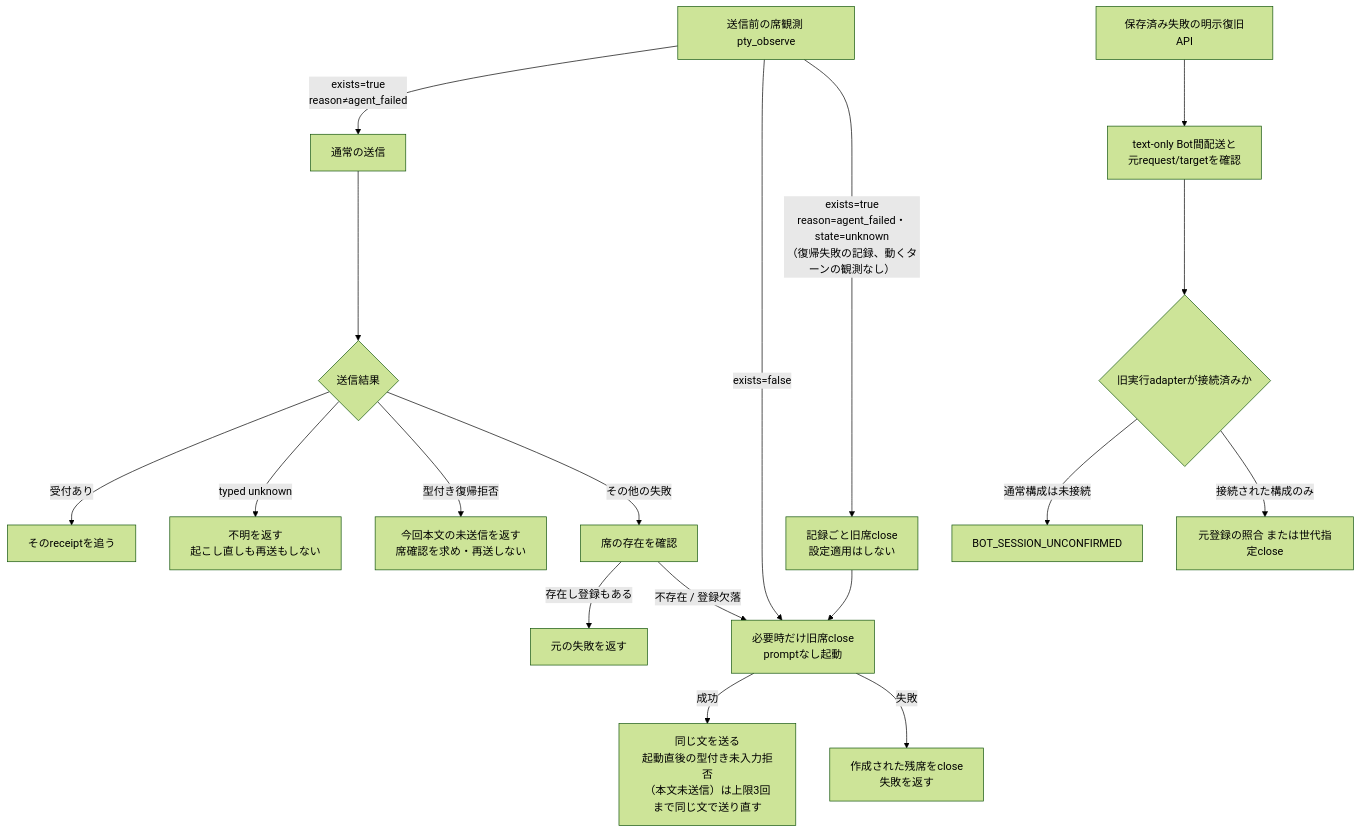
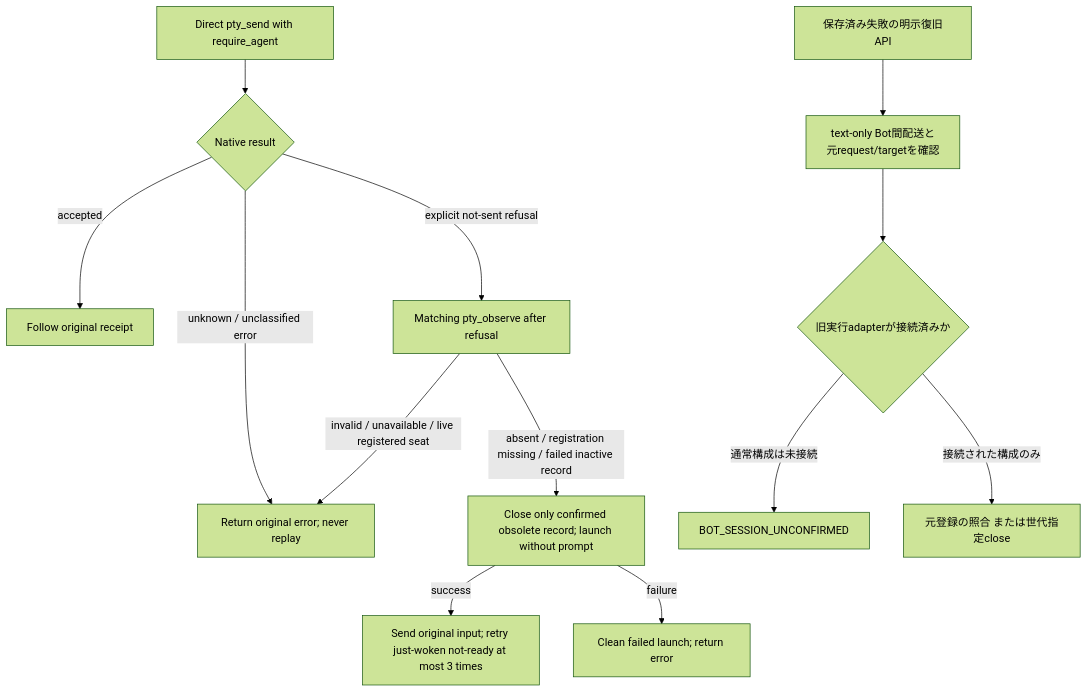
Before and after one commit to kitepon/BellTeam: the second of 2 diagrams in docs/architecture/delivery-details.md, drawn with Mermaid (forest theme). The commit also changed other lines of this file and 8 other files, not shown here.

````diff
--- a/docs/architecture/delivery-details.md
+++ b/docs/architecture/delivery-details.md
@@ -48,19 +48,15 @@
 ```mermaid
 flowchart TD
-  Observe["送信前の席観測 pty_observe"] -->|"exists=true<br/>reason≠agent_failed"| Send["通常の送信"]
-  Observe -->|"exists=false"| Launch
-  Observe -->|"exists=true<br/>reason=agent_failed・state=unknown<br/>（復帰失敗の記録、動くターンの観測なし）"| CloseFailed["記録ごと旧席close<br/>設定適用はしない"] --> Launch
-  Send --> Reply{"送信結果"}
-  Reply -->|"受付あり"| Accepted["そのreceiptを追う"]
-  Reply -->|"typed unknown"| Unknown["不明を返す<br/>起こし直しも再送もしない"]
-  Reply -->|"型付き復帰拒否"| Resume["今回本文の未送信を返す<br/>席確認を求め・再送しない"]
-  Reply -->|"その他の失敗"| Running["席の存在を確認"]
-  Running -->|"存在し登録もある"| Fail["元の失敗を返す"]
-  Running -->|"不存在 / 登録欠落"| Launch["必要時だけ旧席close<br/>promptなし起動"]
-  Launch -->|"成功"| Once["同じ文を送る<br/>起動直後の型付き未入力拒否<br/>（本文未送信）は上限3回まで同じ文で送り直す"]
-  Launch -->|"失敗"| Cleanup["作成された残席をclose<br/>失敗を返す"]
+  Send["Direct pty_send with require_agent"] --> Reply{"Native result"}
+  Reply -->|accepted| Accepted["Follow original receipt"]
+  Reply -->|"unknown / unclassified error"| Fail["Return original error; never replay"]
+  Reply -->|"explicit not-sent refusal"| Observe["Matching pty_observe after refusal"]
+  Observe -->|"invalid / unavailable / live registered seat"| Fail
+  Observe -->|"absent / registration missing / failed inactive record"| Launch["Close only confirmed obsolete record; launch without prompt"]
+  Launch -->|success| Once["Send original input; retry just-woken not-ready at most 3 times"]
+  Launch -->|failure| Cleanup["Clean failed launch; return error"]
   Explicit["保存済み失敗の明示復旧API"] --> Eligible["text-only Bot間配送と<br/>元request/targetを確認"]
   Eligible --> Adapter{"旧実行adapterが接続済みか"}
   Adapter -->|"通常構成は未接続"| Refuse["BOT_SESSION_UNCONFIRMED"]
   Adapter -->|"接続された構成のみ"| Reconcile["元登録の照合 または世代指定close"]
 ```
````
